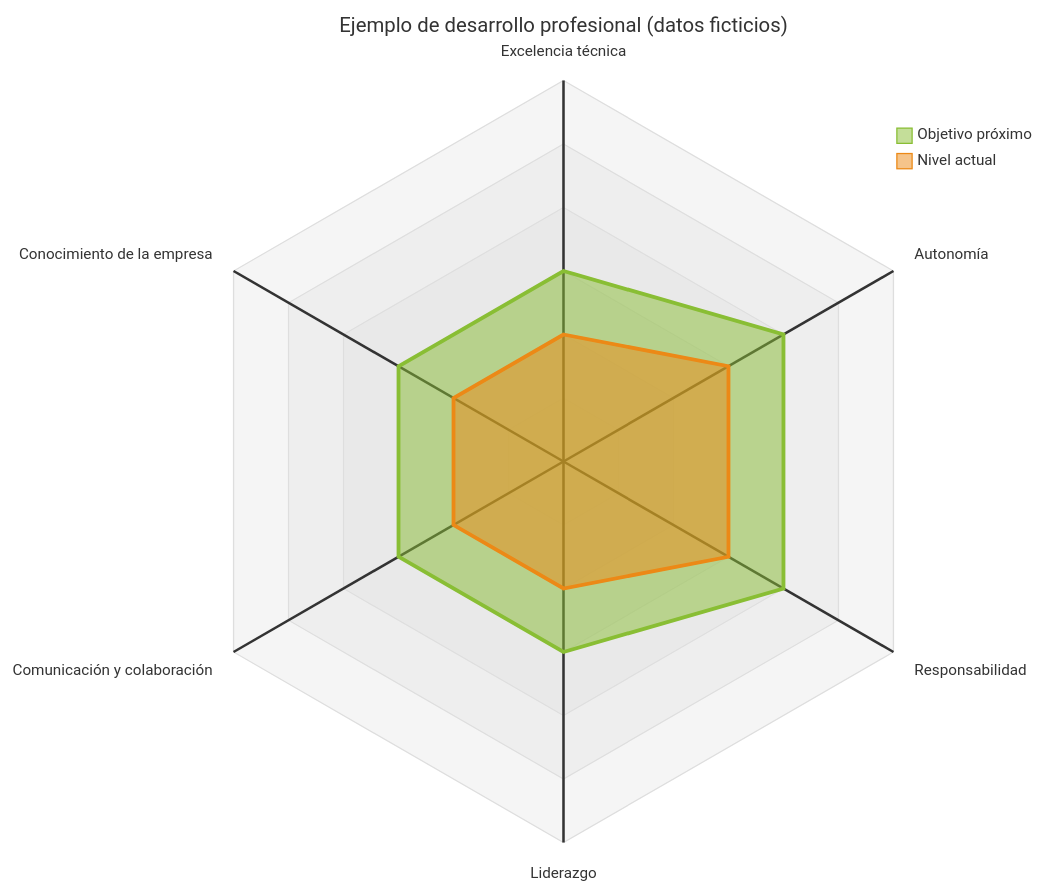
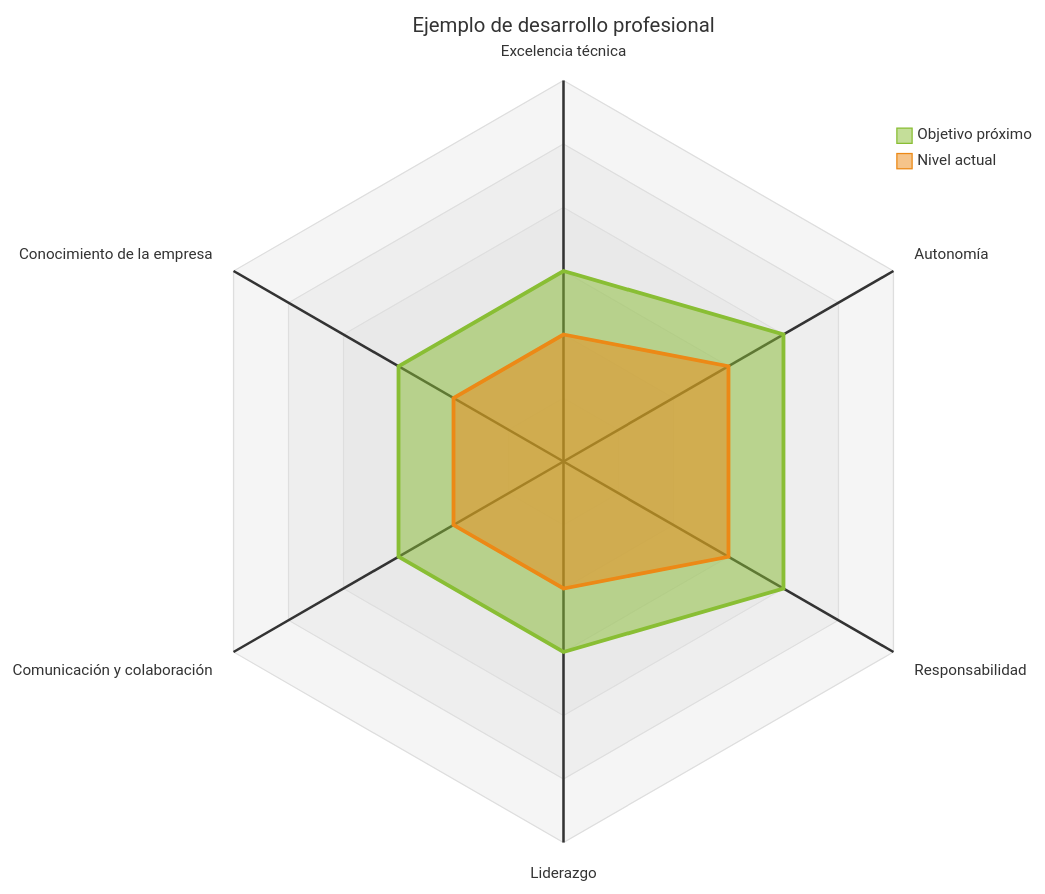
One commit to javigallego-tech/carrera-profesional-ti changed the first of 3 diagrams in README.md. Above: the diagram before and after it, drawn with Mermaid.

Commit message:
Update title in professional development example

````diff
--- a/README.md
+++ b/README.md
@@ -7,19 +7,19 @@
 ```mermaid
 ---
-title: "Ejemplo de desarrollo profesional (datos ficticios)"
+title: "Ejemplo de desarrollo profesional"
 config:
   themeCSS: ".radarCurve-0 { stroke-dasharray: 8 5; }"
   themeVariables:
     cScale0: "#89BE34"
     cScale1: "#EC8916"
     radar:
       curveStrokeWidth: 3
 ---
 radar-beta
   axis t["Excelencia técnica"], a["Autonomía"], r["Responsabilidad"], l["Liderazgo"], c["Comunicación y colaboración"], e["Conocimiento de la empresa"]
   curve o["Objetivo próximo"]{3, 4, 4, 3, 3, 3}
   curve n["Nivel actual"]{2, 3, 3, 2, 2, 2}
   max 6
   ticks 6
   graticule polygon
 ```
````
